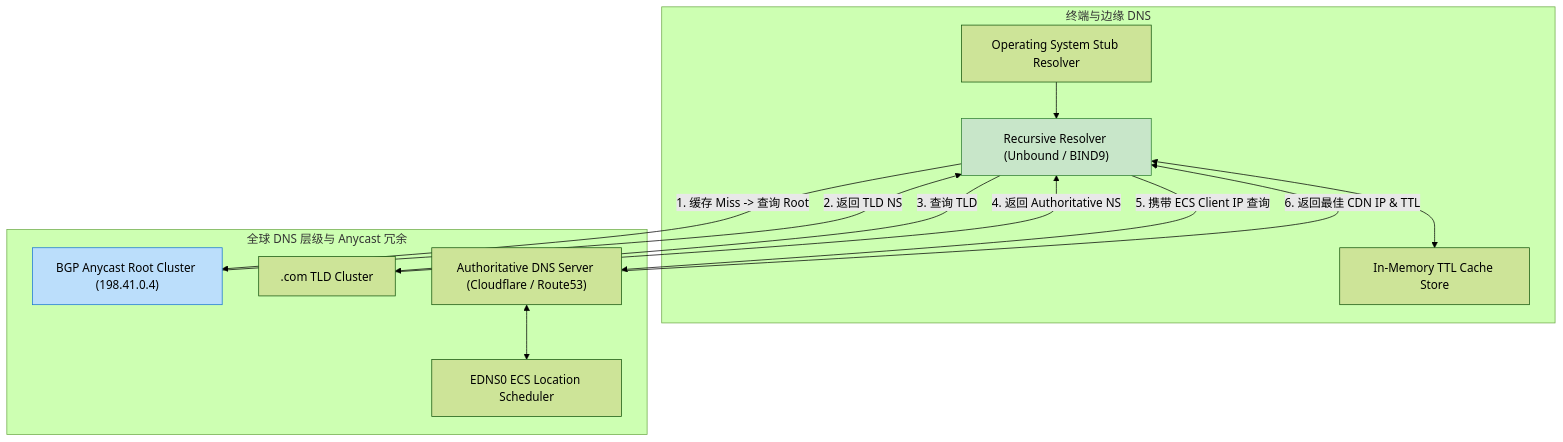
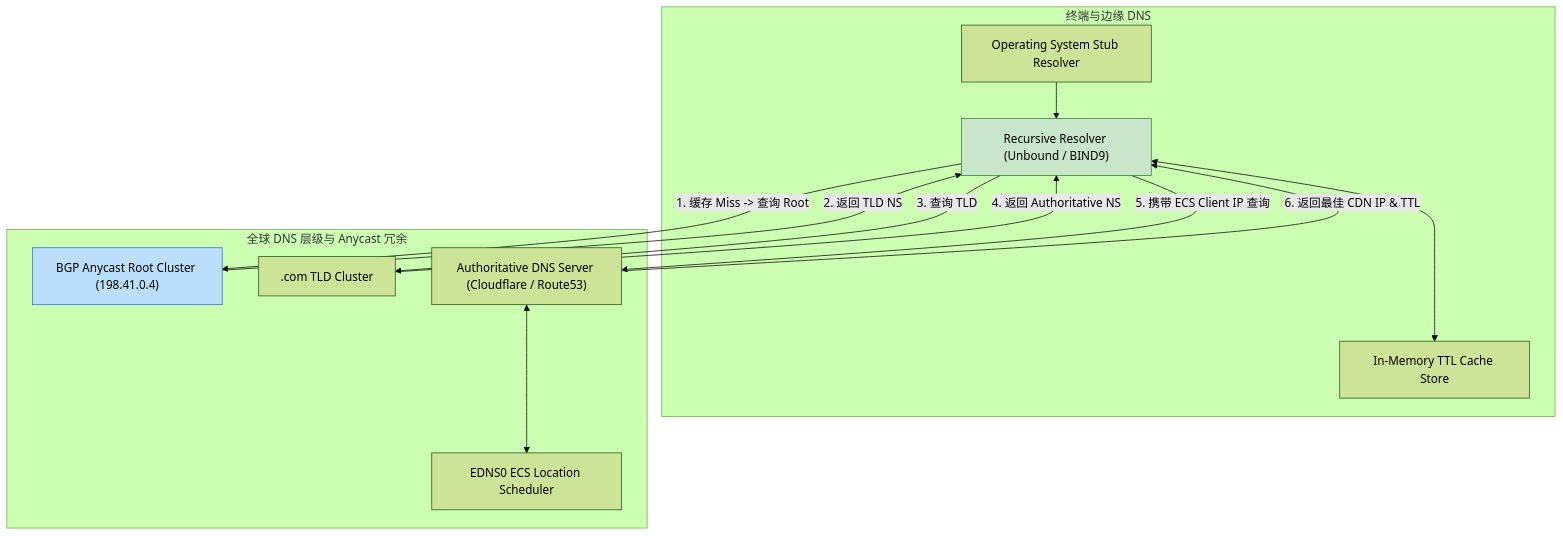
The fourth of 6 diagrams in docs/atlas/dns-global-system.mdx (koosai/AI-Architect-Learning), drawn with Mermaid (forest theme) before and after one commit. The commit also changed other lines of this file and 68 other files, not shown here.

Commit message:
fix(atlas): fix browser client-side Mermaid rendering for mindmaps and flowcharts across 67 case studies

````diff
--- a/docs/atlas/dns-global-system.mdx
+++ b/docs/atlas/dns-global-system.mdx
@@ -126,28 +126,28 @@
 ```mermaid
 graph TB
   subgraph ClientLocalPlane["终端与边缘 DNS"]
     StubResolver["Operating System Stub Resolver"]
     LocalDNSEngine["Recursive Resolver (Unbound / BIND9)"]
     RAMCacheStore["In-Memory TTL Cache Store"]
     
-    StubResolver --> LocalDNSEngine <--> RAMCacheStore
+    StubResolver --> LocalDNSEngine <---> RAMCacheStore
   end
 
   subgraph GlobalHierarchyPlane["全球 DNS 层级与 Anycast 冗余"]
     RootAnycast["BGP Anycast Root Cluster (198.41.0.4)"]
     TLDServer[".com TLD Cluster"]
     AuthoritativeServer["Authoritative DNS Server (Cloudflare / Route53)"]
     ECSScheduler["EDNS0 ECS Location Scheduler"]
   end
 
   LocalDNSEngine -- "1. 缓存 Miss -> 查询 Root" --> RootAnycast
   RootAnycast -- "2. 返回 TLD NS" --> LocalDNSEngine
   LocalDNSEngine -- "3. 查询 TLD" --> TLDServer
   TLDServer -- "4. 返回 Authoritative NS" --> LocalDNSEngine
   LocalDNSEngine -- "5. 携带 ECS Client IP 查询" --> AuthoritativeServer
-  AuthoritativeServer <--> ECSScheduler
+  AuthoritativeServer <---> ECSScheduler
   AuthoritativeServer -- "6. 返回最佳 CDN IP & TTL" --> LocalDNSEngine
 
   style LocalDNSEngine fill:#c8e6c9,stroke:#2e7d32
   style RootAnycast fill:#bbdefb,stroke:#1976d2
 ```
````
